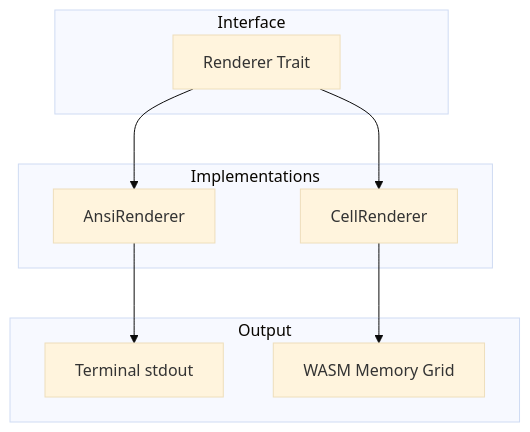
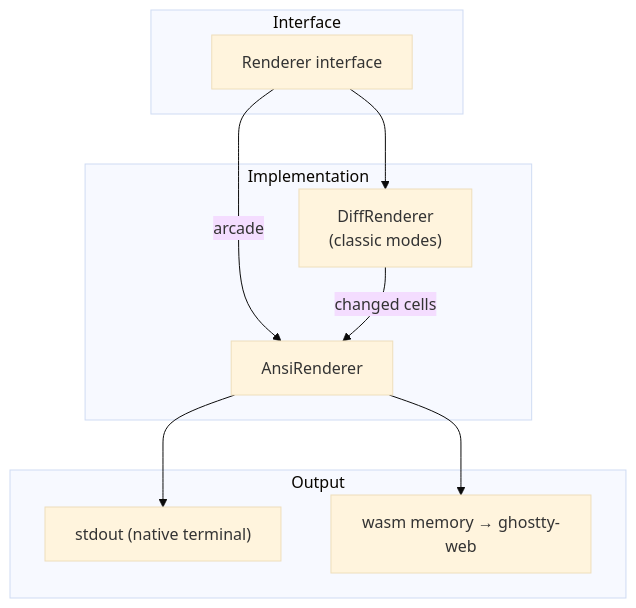
Before and after one commit to snipeship/snipetype: the sixth of 9 diagrams in docs/architecture.md, drawn with Mermaid (base theme). The commit also changed other lines of this file and 157 other files, not shown here.

````diff
--- a/docs/architecture.md
+++ b/docs/architecture.md
@@ -149,21 +326,22 @@
 ```mermaid
 graph TB
-    subgraph "Interface"
-        Renderer[Renderer Trait]
+    subgraph Interface
+        Renderer["Renderer interface"]
     end
 
-    subgraph "Implementations"
-        ANSI[AnsiRenderer]
-        Cell[CellRenderer]
+    subgraph Implementation
+        Diff["DiffRenderer<br/>(classic modes)"]
+        ANSI["AnsiRenderer"]
     end
 
-    subgraph "Output"
-        Terminal[Terminal stdout]
-        WASM[WASM Memory Grid]
+    subgraph Output
+        Stdout["stdout (native terminal)"]
+        Mem["wasm memory → ghostty-web"]
     end
 
-    Renderer --> ANSI
-    Renderer --> Cell
-    ANSI --> Terminal
-    Cell --> WASM
+    Renderer --> Diff
+    Renderer -->|arcade| ANSI
+    Diff -->|changed cells| ANSI
+    ANSI --> Stdout
+    ANSI --> Mem
 ```
````
